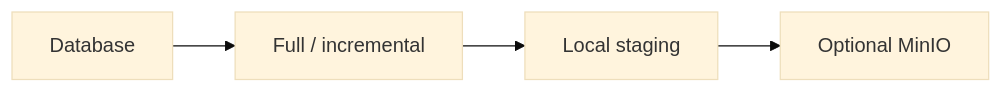
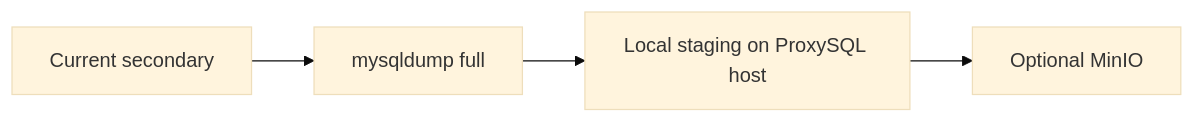
One commit to vishuops0210/percona_server_8.4 changed the diagram in roles/percona_backup/README.md. Above: the diagram before and after it, drawn with Mermaid (base theme). The commit also changed other lines of this file and 45 other files, not shown here.

````diff
--- a/roles/percona_backup/README.md
+++ b/roles/percona_backup/README.md
@@ -5,4 +5,4 @@
 ```mermaid
 flowchart LR
-  D[Database] --> B[Full / incremental] --> L[Local staging] --> M[Optional MinIO]
+  D[Current secondary] --> B[mysqldump full] --> L[Local staging on ProxySQL host] --> M[Optional MinIO]
 ```
````
